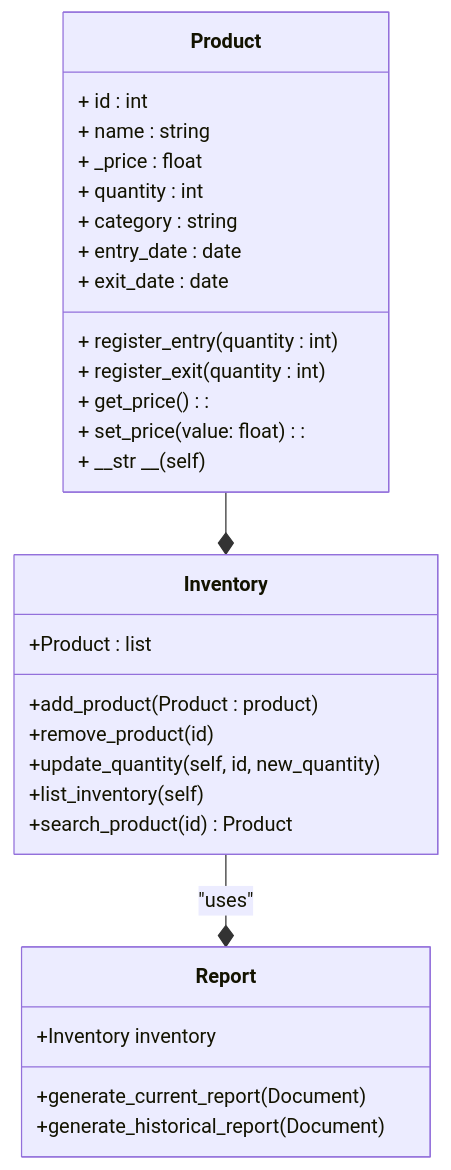
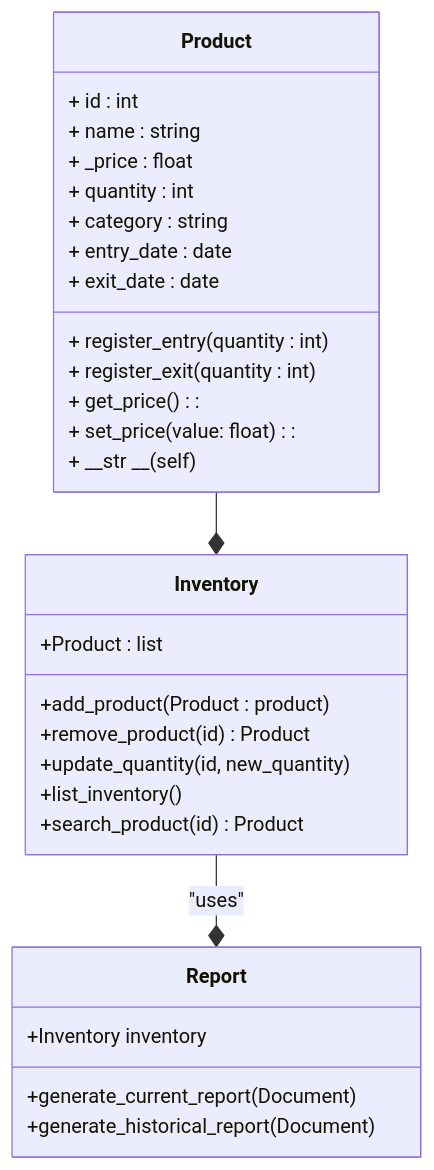
Before and after one commit to nisaespa/project_progress: the diagram in README.md, drawn with Mermaid.

````diff
--- a/README.md
+++ b/README.md
@@ -6,35 +6,35 @@
 ``` mermaid
 classDiagram
     class Product {
         + id : int
         + name : string
         + _price : float
         + quantity : int
         + category : string
         + entry_date : date
         + exit_date : date
         + register_entry(quantity : int)
         + register_exit(quantity : int)
         + get_price():
         + set_price(value: float):
         + __str __(self)
     }
 
     class Inventory {
         +Product : list
         +add_product(Product : product)
-        +remove_product(id)
-        +update_quantity(self, id, new_quantity)
-        +list_inventory(self)
+        +remove_product(id) Product
+        +update_quantity(id, new_quantity)
+        +list_inventory()
         +search_product(id) Product
     }
 
     class Report {
         +Inventory inventory
         +generate_current_report(Document)
         +generate_historical_report(Document)
     }
 
     Product --* Inventory
     Inventory --* Report : "uses"
 ```
````
